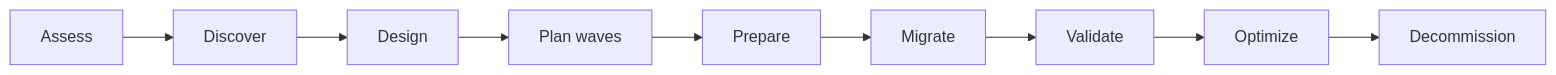
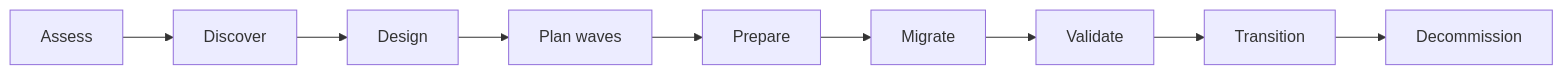
One commit to Kunalvishwakarma/Datacenter-Transformation changed the diagram in README.md. Above: the diagram before and after it, drawn with Mermaid. The commit also changed other lines of this file, not shown here.

````diff
--- a/README.md
+++ b/README.md
@@ -11,11 +15,11 @@
 ```mermaid
 flowchart LR
     A[Assess] --> B[Discover]
     B --> C[Design]
     C --> D[Plan waves]
     D --> E[Prepare]
     E --> F[Migrate]
     F --> G[Validate]
-    G --> H[Optimize]
+    G --> H[Transition]
     H --> I[Decommission]
 ```
````
